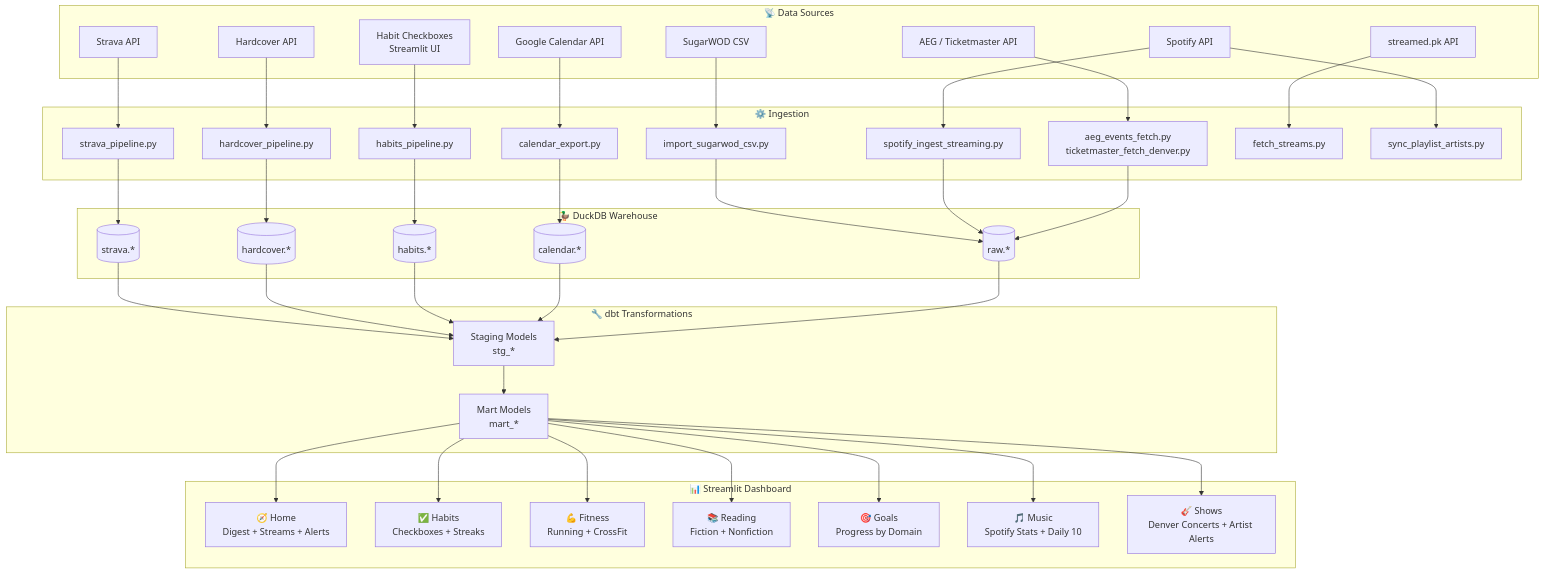
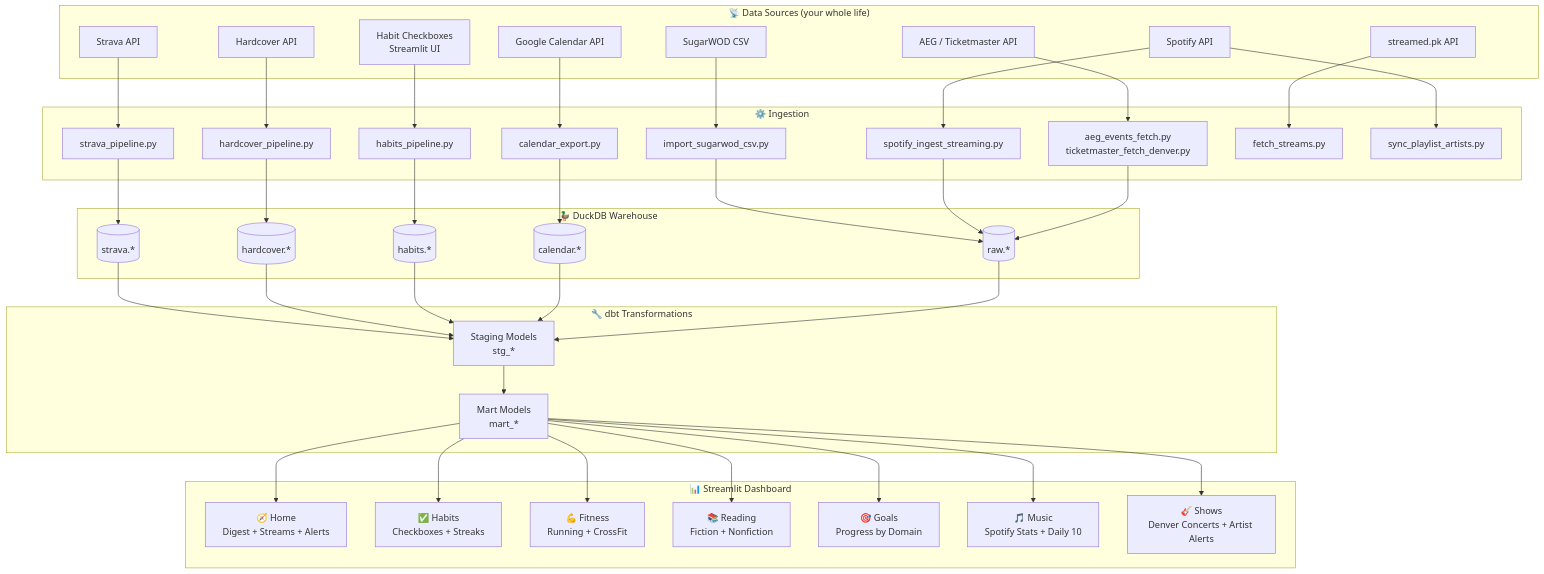
Before and after one commit to cnvertbleweathr/life-os-2026: the first of 4 diagrams in README.md, drawn with Mermaid. The commit also changed other lines of this file and 36 other files, not shown here.

````diff
--- a/README.md
+++ b/README.md
@@ -20,62 +22,62 @@
 ```mermaid
 flowchart TD
-    subgraph Sources["📡 Data Sources"]
+    subgraph Sources["📡 Data Sources (your whole life)"]
         STRAVA[Strava API]
         HARDCOVER[Hardcover API]
         SPOTIFY[Spotify API]
         GCAL[Google Calendar API]
         SUGARWOD[SugarWOD CSV]
         HABITS[Habit Checkboxes\nStreamlit UI]
         AEG[AEG / Ticketmaster API]
         STREAMED[streamed.pk API]
     end
 
     subgraph Pipelines["⚙️ Ingestion"]
         P1[strava_pipeline.py]
         P2[hardcover_pipeline.py]
         P3[habits_pipeline.py]
         P4[calendar_export.py]
         P5[import_sugarwod_csv.py]
         P6[spotify_ingest_streaming.py]
         P7[aeg_events_fetch.py\nticketmaster_fetch_denver.py]
         P8[fetch_streams.py]
         P9[sync_playlist_artists.py]
     end
 
     subgraph DuckDB["🦆 DuckDB Warehouse"]
         S1[(strava.*)]
         S2[(hardcover.*)]
         S3[(habits.*)]
         S4[(calendar.*)]
         S5[(raw.*)]
     end
 
     subgraph DBT["🔧 dbt Transformations"]
         STG[Staging Models\nstg_*]
         MART[Mart Models\nmart_*]
     end
 
     subgraph Dashboard["📊 Streamlit Dashboard"]
         HOME[🧭 Home\nDigest + Streams + Alerts]
         HABITS_PAGE[✅ Habits\nCheckboxes + Streaks]
         FITNESS[💪 Fitness\nRunning + CrossFit]
         READING[📚 Reading\nFiction + Nonfiction]
         GOALS[🎯 Goals\nProgress by Domain]
         MUSIC[🎵 Music\nSpotify Stats + Daily 10]
         SHOWS[🎸 Shows\nDenver Concerts + Artist Alerts]
     end
 
     STRAVA --> P1 --> S1
     HARDCOVER --> P2 --> S2
     HABITS --> P3 --> S3
     GCAL --> P4 --> S4
     SUGARWOD --> P5 --> S5
     SPOTIFY --> P6 --> S5
     AEG --> P7 --> S5
     STREAMED --> P8
     SPOTIFY --> P9
 
     S1 & S2 & S3 & S4 & S5 --> STG --> MART
 
     MART --> HOME & HABITS_PAGE & FITNESS & READING & GOALS & MUSIC & SHOWS
 ```
````
